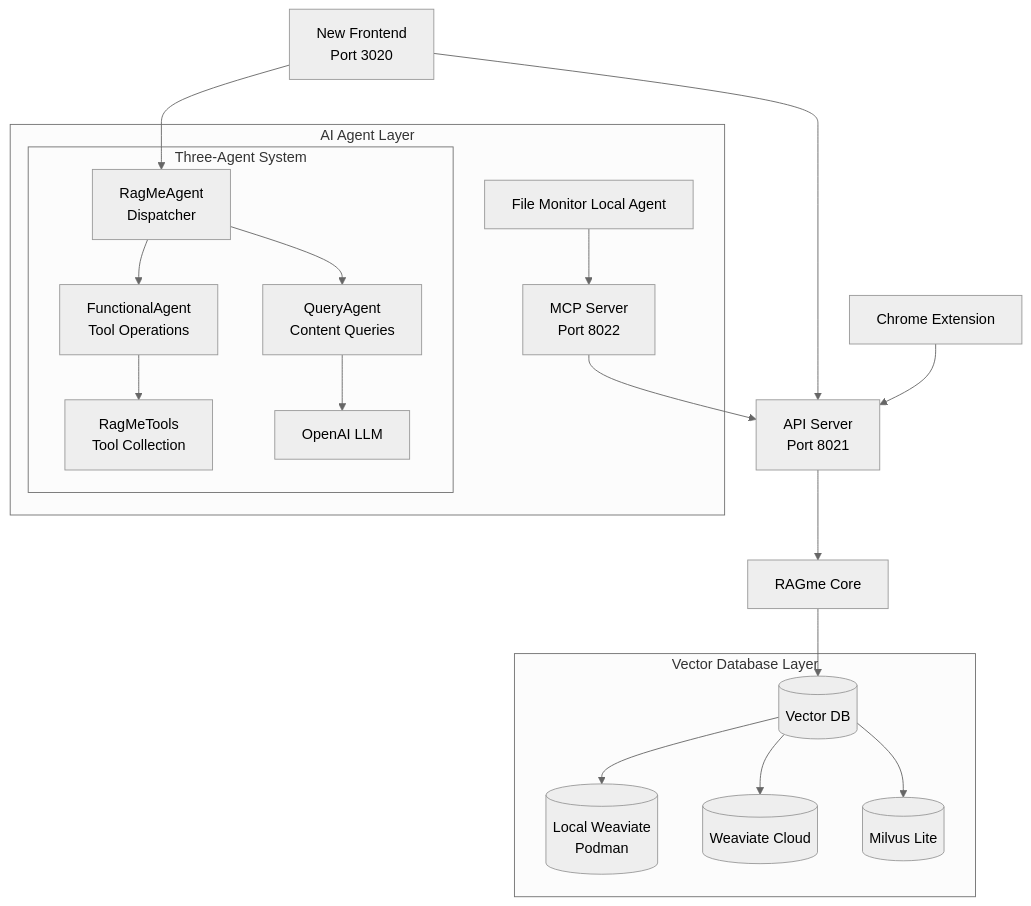
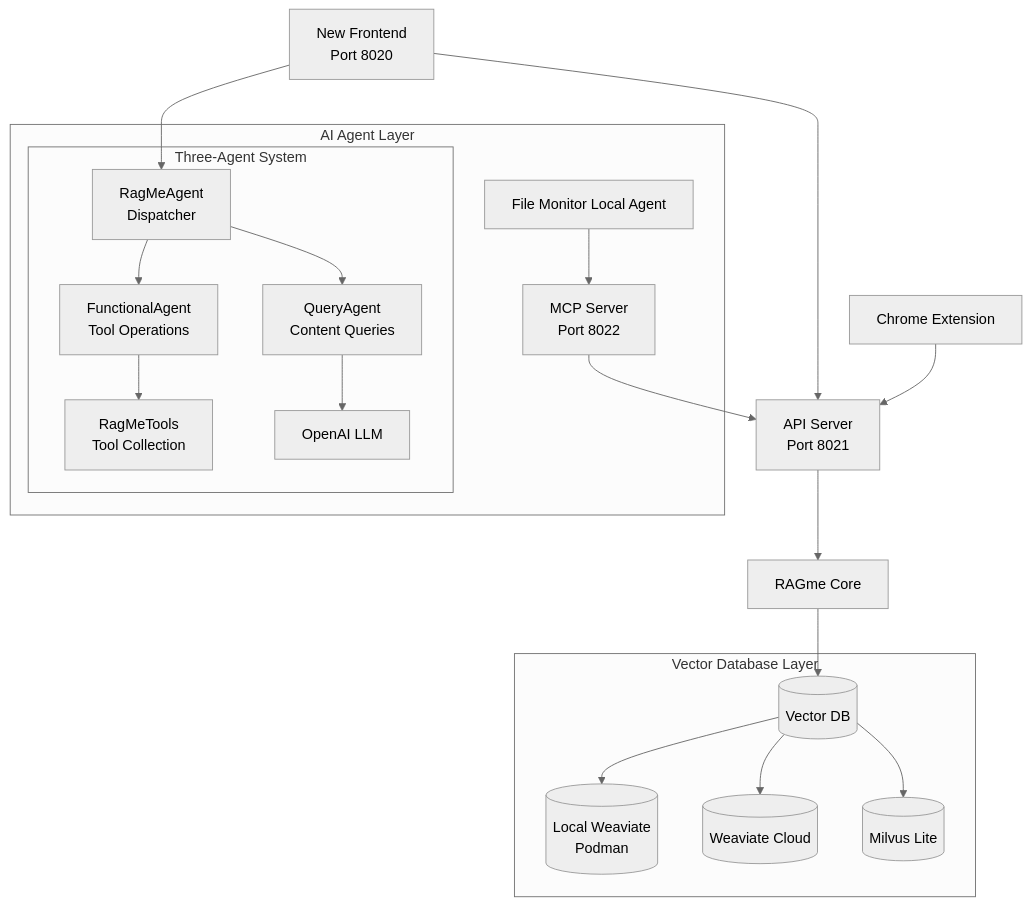
One commit to maximilien/ragme-io changed the diagram in README.md. Above: the diagram before and after it, drawn with Mermaid (neutral theme). The commit also changed other lines of this file and 126 other files, not shown here.

````diff
--- a/README.md
+++ b/README.md
@@ -381,23 +385,23 @@
 ```mermaid
 flowchart TB
-    new-ui[New Frontend<br/>Port 3020] --> api[API Server<br/>Port 8021]
-    new-ui[New Frontend<br/>Port 3020] --> ragme-agent[RagMeAgent<br/>Dispatcher]
+    new-ui[New Frontend<br/>Port 8020] --> api[API Server<br/>Port 8021]
+new-ui[New Frontend<br/>Port 8020] --> ragme-agent[RagMeAgent<br/>Dispatcher]
     chrome[Chrome Extension] --> api
     subgraph "AI Agent Layer"
       agent-local[File Monitor Local Agent] --> mcp[MCP Server<br/>Port 8022]
       subgraph "Three-Agent System"
         ragme-agent --> functional-agent[FunctionalAgent<br/>Tool Operations]
         ragme-agent --> query-agent[QueryAgent<br/>Content Queries]
         functional-agent --> ragme-tools[RagMeTools<br/>Tool Collection]
         query-agent --> openai[OpenAI LLM]
       end
     end
     mcp --> api
     api --> ragme[RAGme Core]
     ragme --> vector-db[(Vector DB)]    
     subgraph "Vector Database Layer"
         vector-db --> weaviate-local[(Local Weaviate<br/>Podman)]
         vector-db --> weaviate-cloud[(Weaviate Cloud)]
         vector-db --> milvus[(Milvus Lite)]
     end
 ```
````
